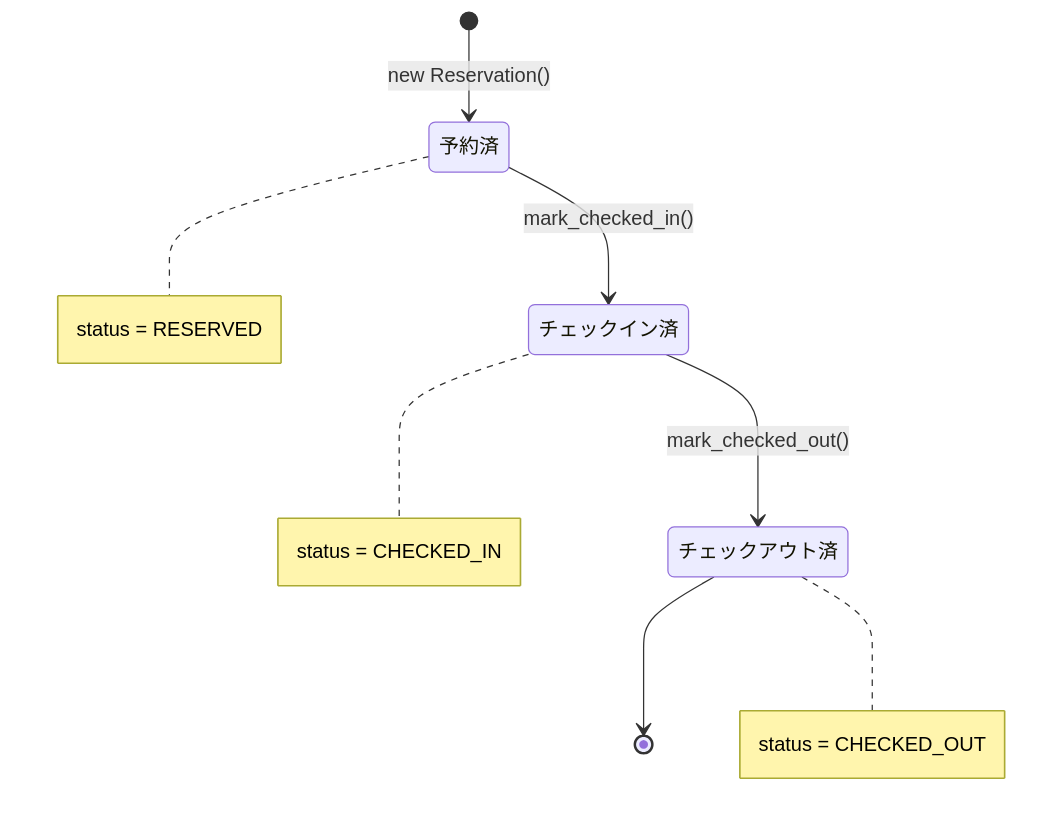
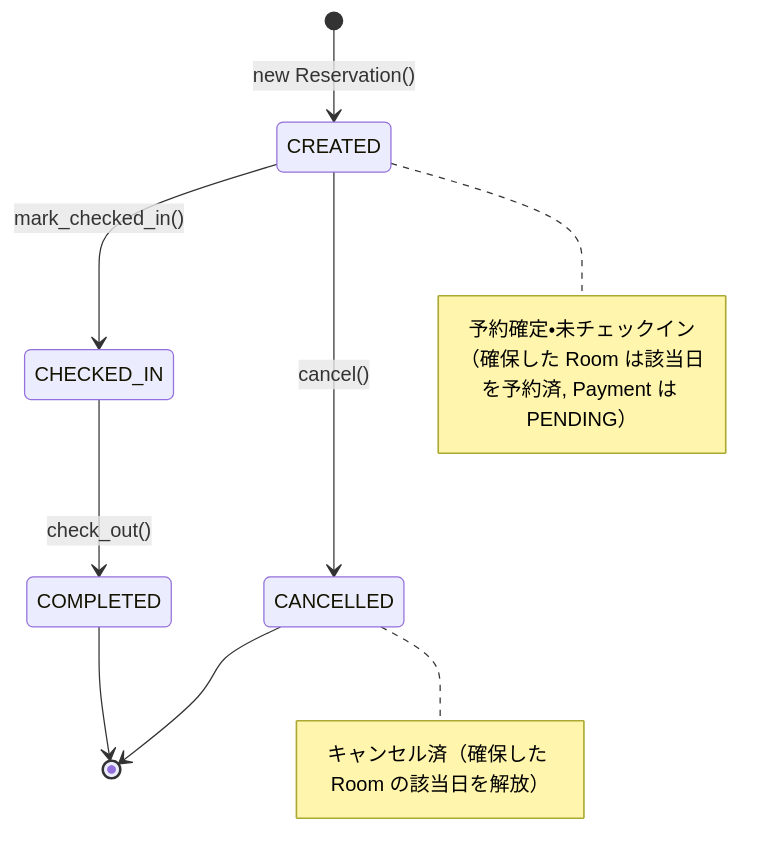
One commit to Kohki-tyl/HRS changed the third of 6 diagrams in Design.md. Above: the diagram before and after it, drawn with Mermaid. The commit also changed other lines of this file, not shown here.

````diff
--- a/Design.md
+++ b/Design.md
@@ -249,17 +292,17 @@
 ```mermaid
 stateDiagram-v2
-    [*] --> 予約済 : new Reservation()
-    予約済 --> チェックイン済 : mark_checked_in()
-    チェックイン済 --> チェックアウト済 : mark_checked_out()
-    チェックアウト済 --> [*]
+    [*] --> CREATED : new Reservation()
+    CREATED --> CHECKED_IN : mark_checked_in()
+    CREATED --> CANCELLED : cancel()
+    CHECKED_IN --> COMPLETED : check_out()
+    CANCELLED --> [*]
+    COMPLETED --> [*]
 
-    note right of 予約済
-        status = RESERVED
+    note right of CREATED
+        予約確定・未チェックイン
+        （確保した Room は該当日を予約済, Payment は PENDING）
     end note
-    note right of チェックイン済
-        status = CHECKED_IN
-    end note
-    note right of チェックアウト済
-        status = CHECKED_OUT
+    note right of CANCELLED
+        キャンセル済（確保した Room の該当日を解放）
     end note
 ```
````
